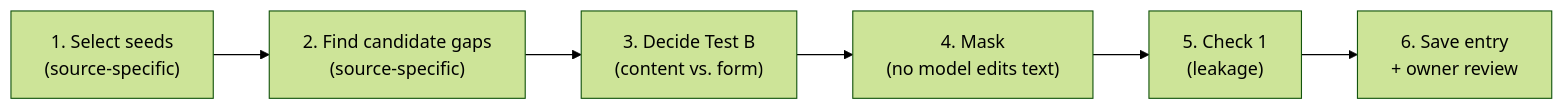
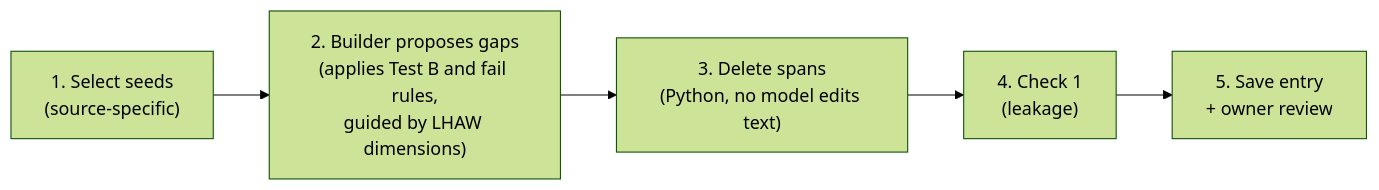
The diagram in docs/current/stage1_method.md (HE-1234/Agent-s-Assumptions), drawn with Mermaid (forest theme) before and after one commit. The commit also changed other lines of this file and 17 other files, not shown here.

````diff
--- a/docs/current/stage1_method.md
+++ b/docs/current/stage1_method.md
@@ -25,8 +25,7 @@
 ```mermaid
 flowchart LR
-    S1["1. Select seeds\n(source-specific)"] --> S2["2. Find candidate gaps\n(source-specific)"]
-    S2 --> S3["3. Decide Test B\n(content vs. form)"]
-    S3 --> S4["4. Mask\n(no model edits text)"]
-    S4 --> S5["5. Check 1\n(leakage)"]
-    S5 --> S6["6. Save entry\n+ owner review"]
+    S1["1. Select seeds\n(source-specific)"] --> S2["2. Builder proposes gaps\n(applies Test B and fail rules,\nguided by LHAW dimensions)"]
+    S2 --> S3["3. Delete spans\n(Python, no model edits text)"]
+    S3 --> S4["4. Check 1\n(leakage)"]
+    S4 --> S5["5. Save entry\n+ owner review"]
 ```
````
